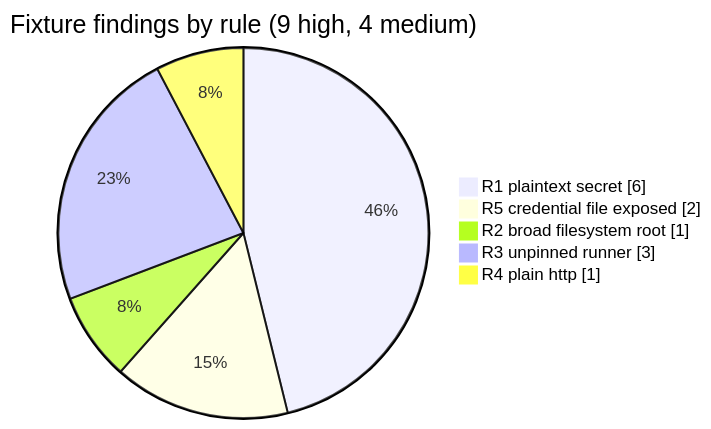
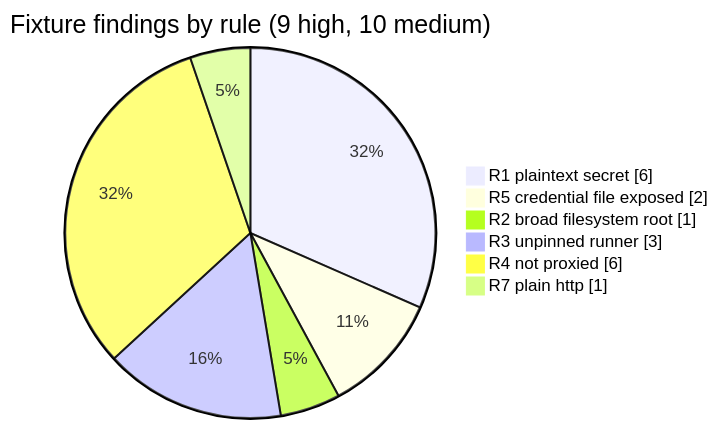
Before and after one commit to pilsu-choi/mcpgraph: the second of 8 diagrams in README.md, drawn with Mermaid. The commit also changed other lines of this file and 121 other files, not shown here.

````diff
--- a/README.md
+++ b/README.md
@@ -96,9 +108,10 @@
 ```mermaid
 pie showData
-  title Fixture findings by rule (9 high, 4 medium)
+  title Fixture findings by rule (9 high, 10 medium)
   "R1 plaintext secret" : 6
   "R5 credential file exposed" : 2
   "R2 broad filesystem root" : 1
   "R3 unpinned runner" : 3
-  "R4 plain http" : 1
+  "R4 not proxied" : 6
+  "R7 plain http" : 1
 ```
````
